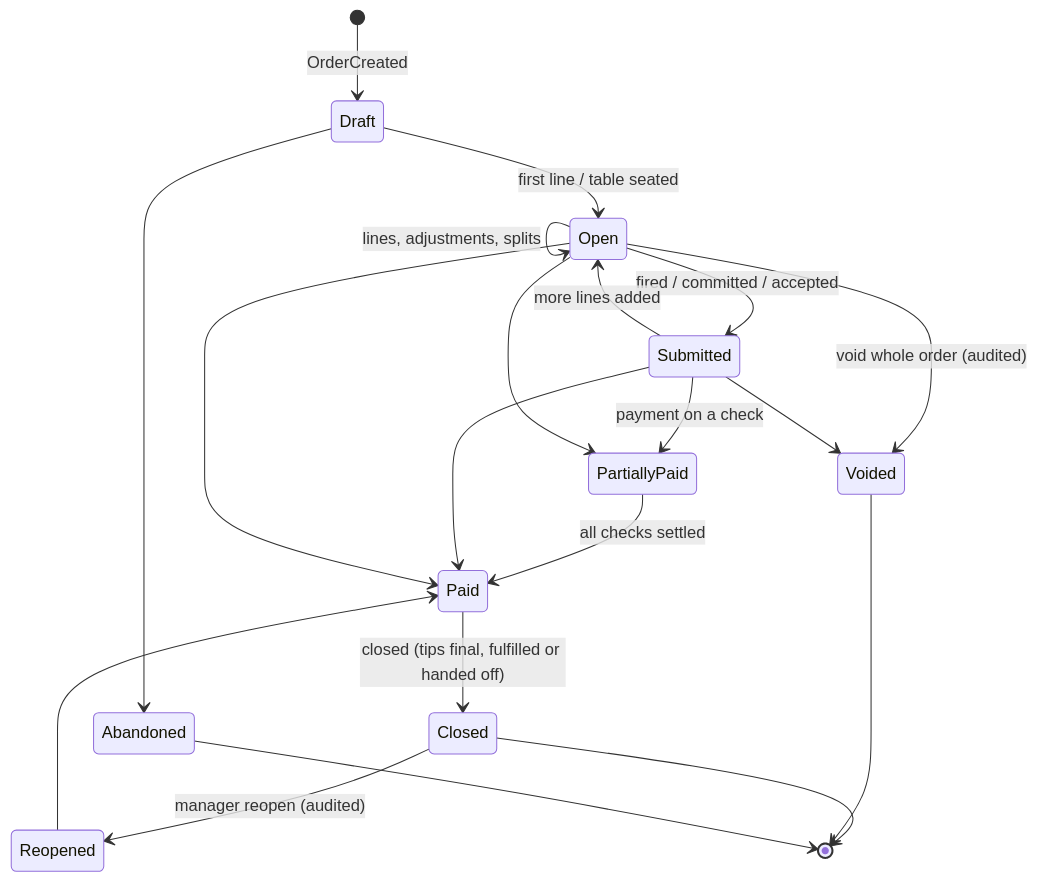
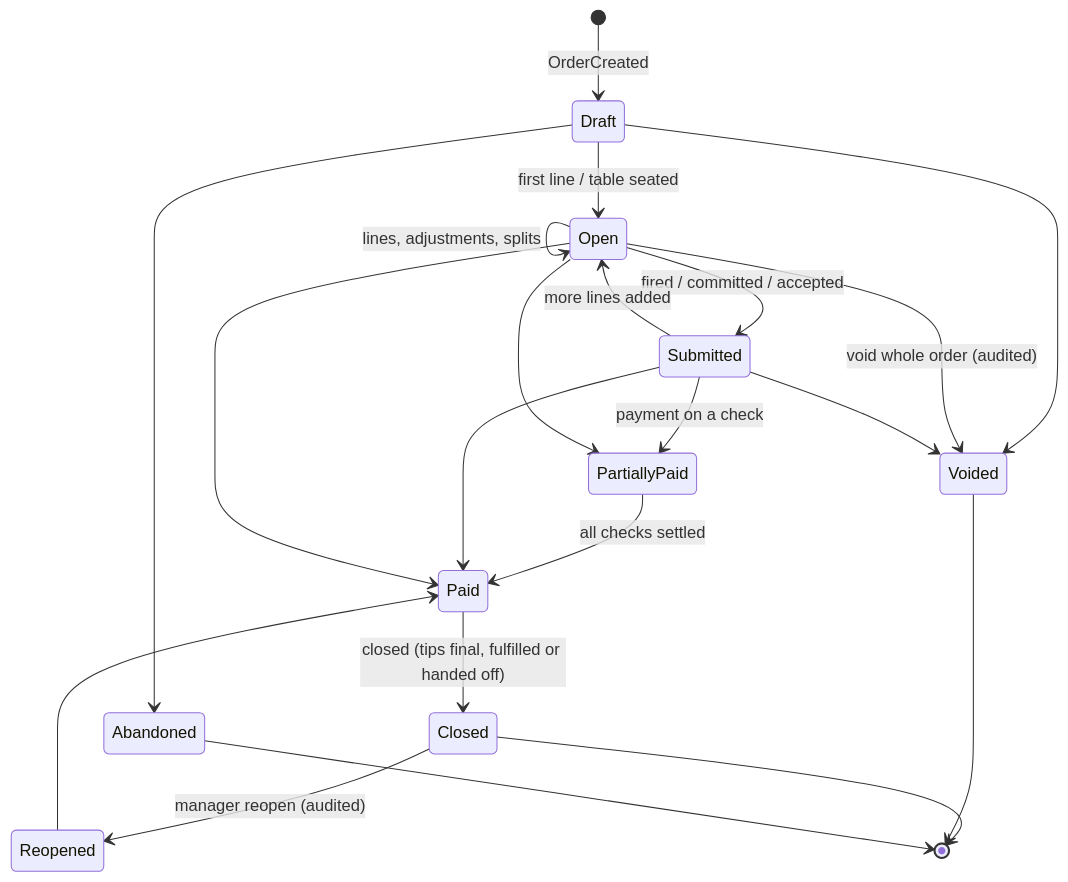
The fourth of 5 diagrams in docs/architecture/domain-model.md (programminglab717/POS-system), drawn with Mermaid before and after one commit. The commit also changed other lines of this file and 9 other files, not shown here.

````diff
--- a/docs/architecture/domain-model.md
+++ b/docs/architecture/domain-model.md
@@ -365,22 +366,23 @@
 ```mermaid
 stateDiagram-v2
   [*] --> Draft: OrderCreated
   Draft --> Open: first line / table seated
   Open --> Open: lines, adjustments, splits
   Open --> Submitted: fired / committed / accepted
   Submitted --> Open: more lines added
   Submitted --> PartiallyPaid: payment on a check
   Open --> PartiallyPaid
   PartiallyPaid --> Paid: all checks settled
   Submitted --> Paid
   Open --> Paid
   Paid --> Closed: closed (tips final, fulfilled or handed off)
   Closed --> Reopened: manager reopen (audited)
   Reopened --> Paid
   Draft --> Abandoned
+  Draft --> Voided
   Open --> Voided: void whole order (audited)
   Submitted --> Voided
   Closed --> [*]
   Voided --> [*]
   Abandoned --> [*]
 ```
````
